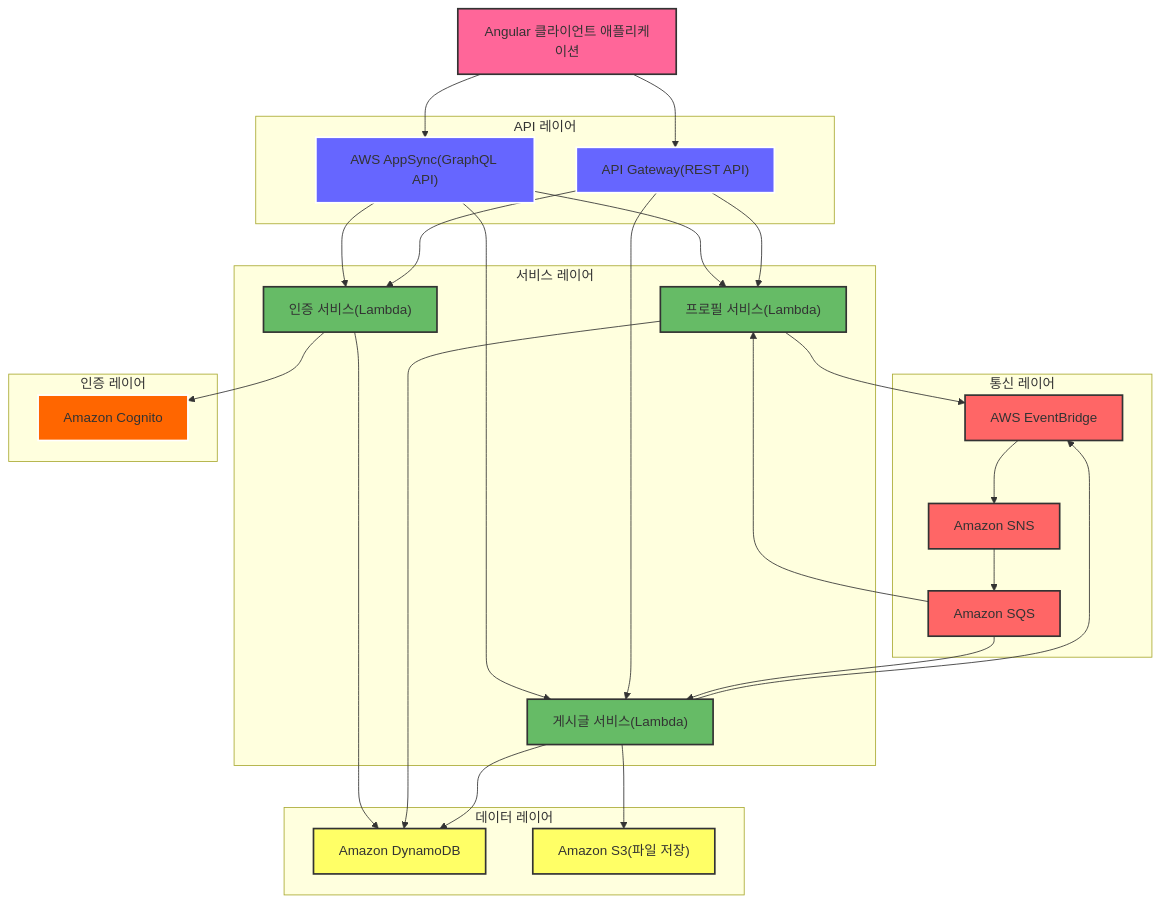
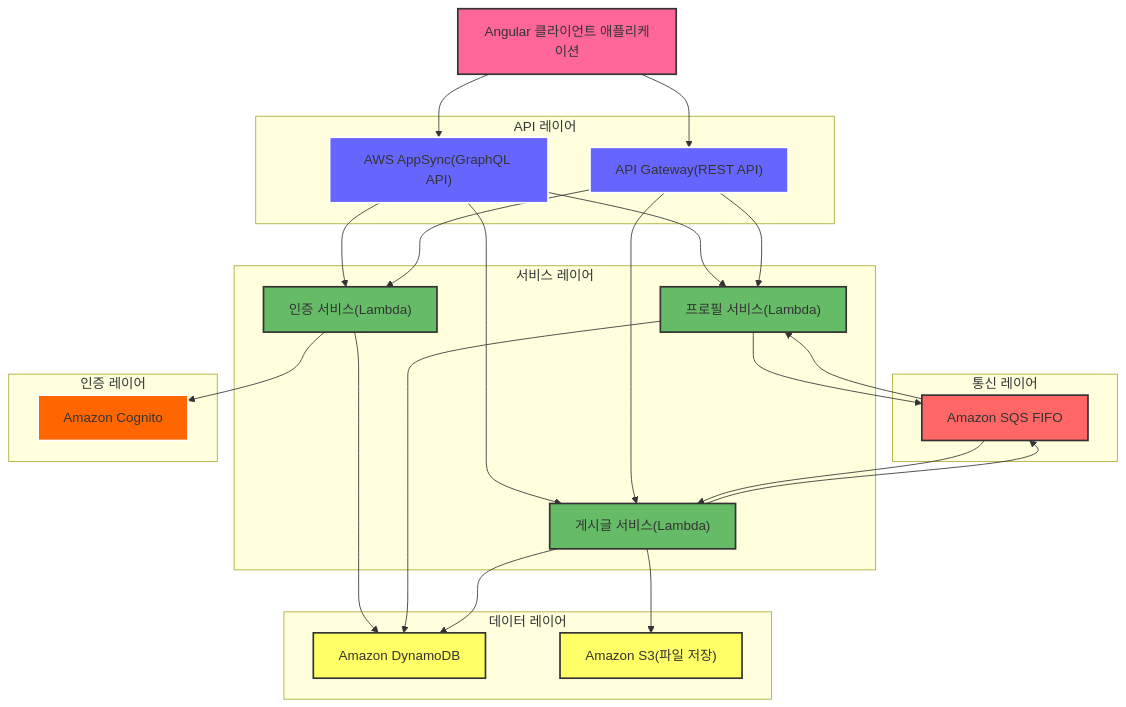
One commit to serithemage/Serverless-RealWorld changed the second of 2 diagrams in README.md. Above: the diagram before and after it, drawn with Mermaid. The commit also changed other lines of this file and 1 other file, not shown here.

Commit message:
refactor: 통신 레이어를 Amazon SQS FIFO로 단순화

````diff
--- a/README.md
+++ b/README.md
@@ -67,69 +67,63 @@
 ```mermaid
 flowchart TD
     Client["Angular 클라이언트 애플리케이션"]
     
     subgraph "API 레이어"
         AppSync["AWS AppSync(GraphQL API)"]
         APIGateway["API Gateway(REST API)"]
     end
     
     subgraph "서비스 레이어"
         AuthLambda["인증 서비스(Lambda)"]
         ProfileLambda["프로필 서비스(Lambda)"]
         ArticleLambda["게시글 서비스(Lambda)"]
     end
     
     subgraph "통신 레이어"
-        EventBridge["AWS EventBridge"]
-        SNS["Amazon SNS"]
-        SQS["Amazon SQS"]
+        FIFOSQS["Amazon SQS FIFO"]
     end
     
     subgraph "데이터 레이어"
         DynamoDB["Amazon DynamoDB"]
         S3["Amazon S3(파일 저장)"]
     end
     
     subgraph "인증 레이어"
         Cognito["Amazon Cognito"]
     end
     
     Client --> AppSync
     Client --> APIGateway
     
     AppSync --> AuthLambda
     AppSync --> ProfileLambda
     AppSync --> ArticleLambda
     
     APIGateway --> AuthLambda
     APIGateway --> ProfileLambda
     APIGateway --> ArticleLambda
     
     AuthLambda --> Cognito
     AuthLambda --> DynamoDB
     
     ProfileLambda --> DynamoDB
-    ProfileLambda --> EventBridge
+    ProfileLambda --> FIFOSQS
     
     ArticleLambda --> DynamoDB
     ArticleLambda --> S3
-    ArticleLambda --> EventBridge
+    ArticleLambda --> FIFOSQS
     
-    EventBridge --> SNS
-    SNS --> SQS
-    SQS --> ProfileLambda
-    SQS --> ArticleLambda
+    FIFOSQS --> ProfileLambda
+    FIFOSQS --> ArticleLambda
     
     style Client fill:#f69,stroke:#333,stroke-width:2px
     style AppSync fill:#66f,stroke:#fff,stroke-width:2px
     style APIGateway fill:#66f,stroke:#fff,stroke-width:2px
     style AuthLambda fill:#6b6,stroke:#333,stroke-width:2px
     style ProfileLambda fill:#6b6,stroke:#333,stroke-width:2px
     style ArticleLambda fill:#6b6,stroke:#333,stroke-width:2px
-    style EventBridge fill:#f66,stroke:#333,stroke-width:2px
-    style SNS fill:#f66,stroke:#333,stroke-width:2px
-    style SQS fill:#f66,stroke:#333,stroke-width:2px
+    style FIFOSQS fill:#f66,stroke:#333,stroke-width:2px
     style DynamoDB fill:#ff6,stroke:#333,stroke-width:2px
     style S3 fill:#ff6,stroke:#333,stroke-width:2px
     style Cognito fill:#f60,stroke:#fff,stroke-width:2px
 ```
````
